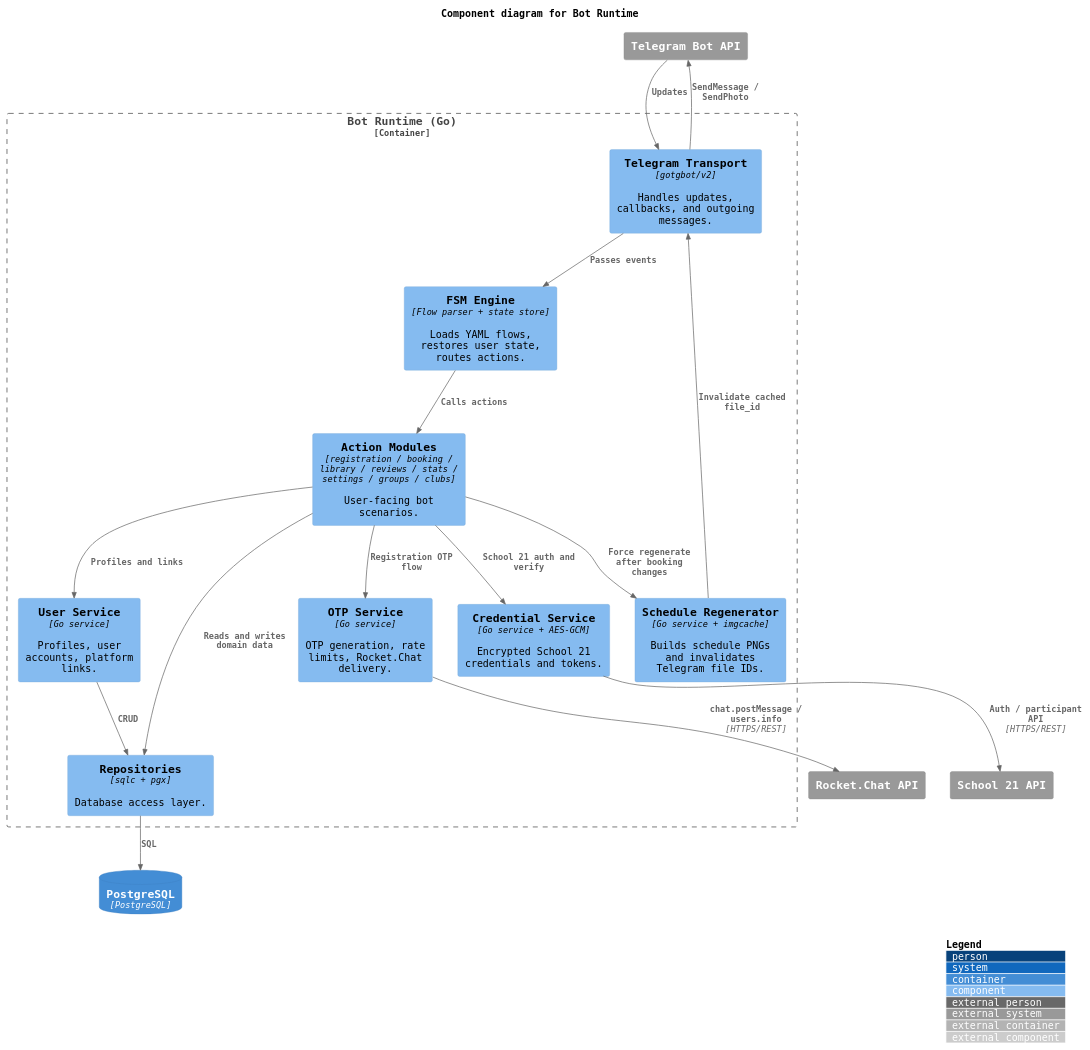
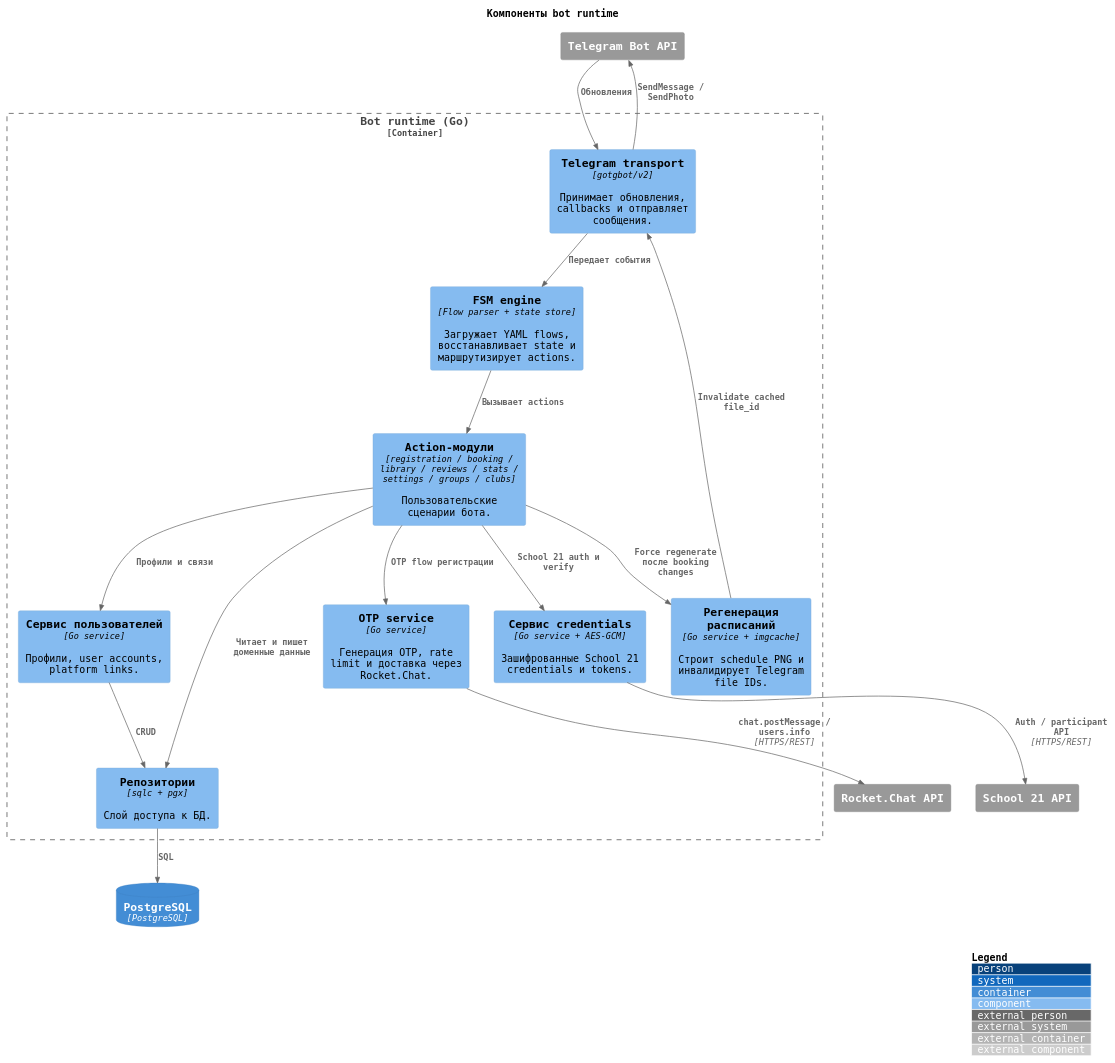
Before and after one commit to vgy789/NoemX21-bot: the diagram in docs/c4/c4_component_bot.puml, drawn with PlantUML. The commit also changed 21 other files, not shown here.

Commit message:
feat(docs): добавлены README.md, файлы документации, генерация изображений с4 диаграмм

```diff
--- a/docs/c4/c4_component_bot.puml
+++ b/docs/c4/c4_component_bot.puml
@@ -1,44 +1,44 @@
 @startuml
 !include https://raw.githubusercontent.com/plantuml-stdlib/C4-PlantUML/master/C4_Component.puml
 
 LAYOUT_WITH_LEGEND()
 
-title Component diagram for Bot Runtime
+title Компоненты bot runtime
 
 skinparam defaultFontName Monospaced
 skinparam componentStyle rectangle
 
 ContainerDb(db, "PostgreSQL", "PostgreSQL")
 System_Ext(telegram, "Telegram Bot API")
 System_Ext(rocket, "Rocket.Chat API")
 System_Ext(s21, "School 21 API")
 
-Container_Boundary(bot_runtime, "Bot Runtime (Go)") {
-    Component(tg_transport, "Telegram Transport", "gotgbot/v2", "Handles updates, callbacks, and outgoing messages.")
-    Component(fsm_engine, "FSM Engine", "Flow parser + state store", "Loads YAML flows, restores user state, routes actions.")
-    Component(action_modules, "Action Modules", "registration / booking / library / reviews / stats / settings / groups / clubs", "User-facing bot scenarios.")
-    Component(user_service, "User Service", "Go service", "Profiles, user accounts, platform links.")
-    Component(otp_service, "OTP Service", "Go service", "OTP generation, rate limits, Rocket.Chat delivery.")
-    Component(credential_service, "Credential Service", "Go service + AES-GCM", "Encrypted School 21 credentials and tokens.")
-    Component(schedule_regen, "Schedule Regenerator", "Go service + imgcache", "Builds schedule PNGs and invalidates Telegram file IDs.")
-    Component(repo, "Repositories", "sqlc + pgx", "Database access layer.")
+Container_Boundary(bot_runtime, "Bot runtime (Go)") {
+    Component(tg_transport, "Telegram transport", "gotgbot/v2", "Принимает обновления, callbacks и отправляет сообщения.")
+    Component(fsm_engine, "FSM engine", "Flow parser + state store", "Загружает YAML flows, восстанавливает state и маршрутизирует actions.")
+    Component(action_modules, "Action-модули", "registration / booking / library / reviews / stats / settings / groups / clubs", "Пользовательские сценарии бота.")
+    Component(user_service, "Сервис пользователей", "Go service", "Профили, user accounts, platform links.")
+    Component(otp_service, "OTP service", "Go service", "Генерация OTP, rate limit и доставка через Rocket.Chat.")
+    Component(credential_service, "Сервис credentials", "Go service + AES-GCM", "Зашифрованные School 21 credentials и tokens.")
+    Component(schedule_regen, "Регенерация расписаний", "Go service + imgcache", "Строит schedule PNG и инвалидирует Telegram file IDs.")
+    Component(repo, "Репозитории", "sqlc + pgx", "Слой доступа к БД.")
 }
 
-Rel(telegram, tg_transport, "Updates")
-Rel(tg_transport, fsm_engine, "Passes events")
-Rel(fsm_engine, action_modules, "Calls actions")
+Rel(telegram, tg_transport, "Обновления")
+Rel(tg_transport, fsm_engine, "Передает события")
+Rel(fsm_engine, action_modules, "Вызывает actions")
 
-Rel(action_modules, user_service, "Profiles and links")
-Rel(action_modules, otp_service, "Registration OTP flow")
-Rel(action_modules, credential_service, "School 21 auth and verify")
-Rel(action_modules, schedule_regen, "Force regenerate after booking changes")
-Rel(action_modules, repo, "Reads and writes domain data")
+Rel(action_modules, user_service, "Профили и связи")
+Rel(action_modules, otp_service, "OTP flow регистрации")
+Rel(action_modules, credential_service, "School 21 auth и verify")
+Rel(action_modules, schedule_regen, "Force regenerate после booking changes")
+Rel(action_modules, repo, "Читает и пишет доменные данные")
 
 Rel(otp_service, rocket, "chat.postMessage / users.info", "HTTPS/REST")
 Rel(credential_service, s21, "Auth / participant API", "HTTPS/REST")
 Rel(schedule_regen, tg_transport, "Invalidate cached file_id")
 Rel(user_service, repo, "CRUD")
 Rel(repo, db, "SQL")
 Rel(tg_transport, telegram, "SendMessage / SendPhoto")
 
 @enduml
```
